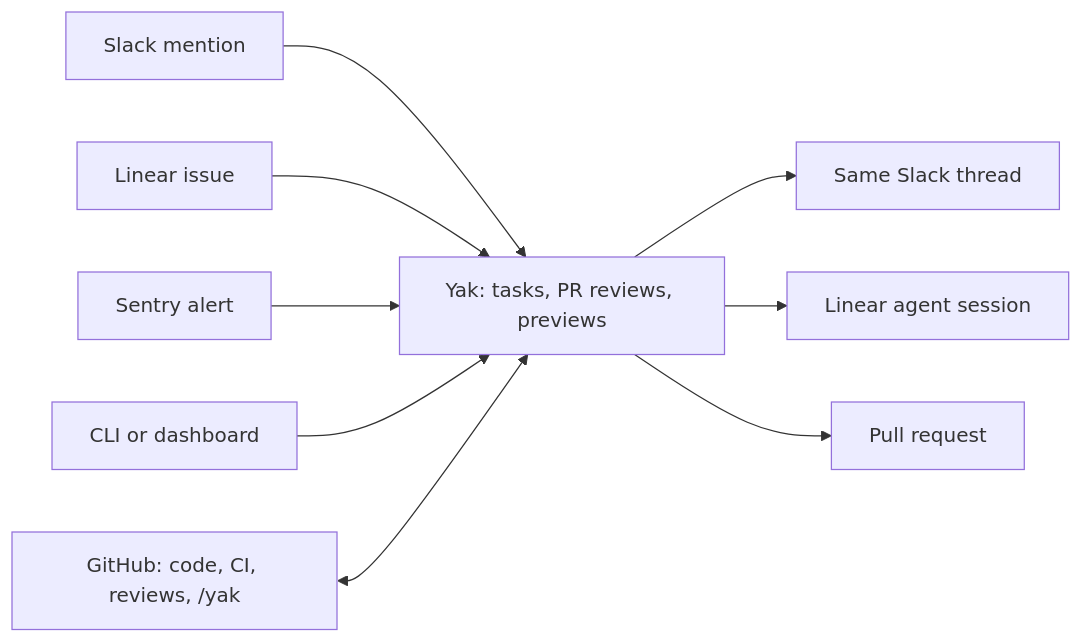
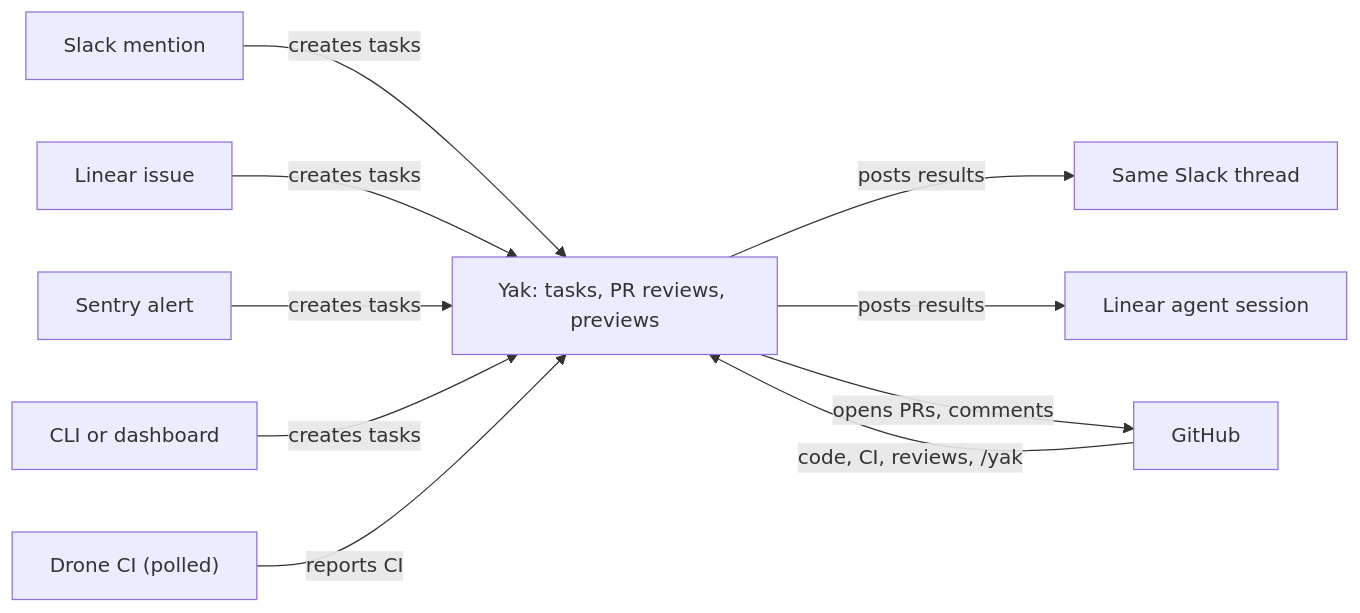
One commit to Geocodio/yak changed the diagram in docs/overview.md. Above: the diagram before and after it, drawn with Mermaid. The commit also changed 2 other files, not shown here.

Commit message:
docs: clearer task-state and channel-map diagrams
Claude-Session: https://claude.ai/code/session_0122mbXKLZ8tkBmR373xxaQo

````diff
--- a/docs/overview.md
+++ b/docs/overview.md
@@ -7,12 +7,13 @@
 ```mermaid
 flowchart LR
-    Slack["Slack mention"] --> Yak
-    Linear["Linear issue"] --> Yak
-    Sentry["Sentry alert"] --> Yak
-    CLI["CLI or dashboard"] --> Yak
+    Slack["Slack mention"] -->|"creates tasks"| Yak
+    Linear["Linear issue"] -->|"creates tasks"| Yak
+    Sentry["Sentry alert"] -->|"creates tasks"| Yak
+    CLI["CLI or dashboard"] -->|"creates tasks"| Yak
+    Drone["Drone CI (polled)"] -->|"reports CI"| Yak
     Yak["Yak: tasks, PR reviews, previews"]
-    Yak --> ST["Same Slack thread"]
-    Yak --> LS["Linear agent session"]
-    Yak --> PR["Pull request"]
-    GH["GitHub: code, CI, reviews, /yak"] <--> Yak
+    Yak -->|"posts results"| ST["Same Slack thread"]
+    Yak -->|"posts results"| LS["Linear agent session"]
+    Yak -->|"opens PRs, comments"| GH["GitHub"]
+    GH -->|"code, CI, reviews, /yak"| Yak
 ```
````
